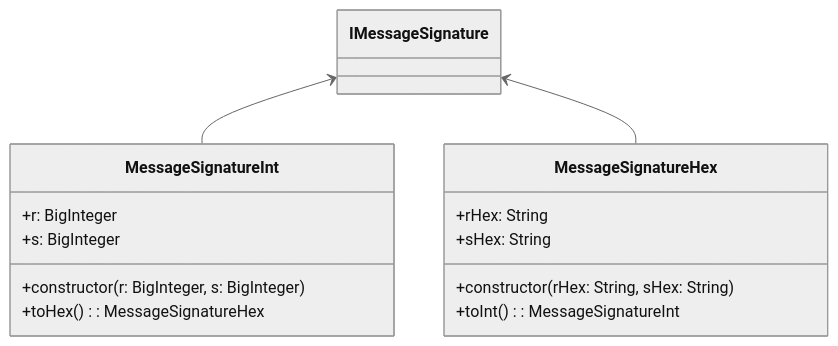
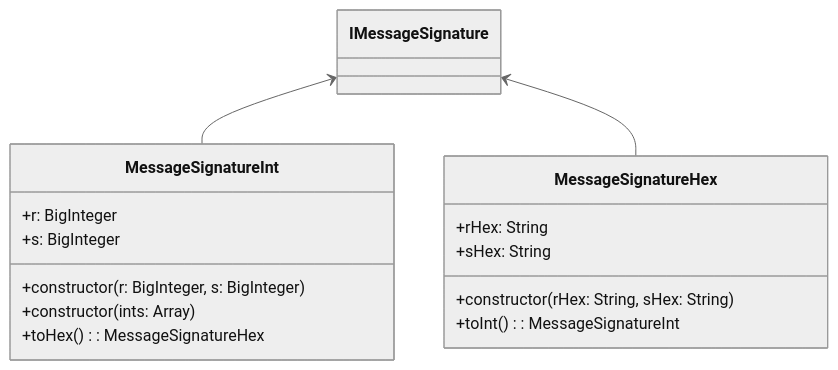
The second of 4 diagrams in src/kotlin/README.md (planet-nine-app/sessionless), drawn with Mermaid (neutral theme) before and after one commit.

Commit message:
update: diagrams

````diff
--- a/src/kotlin/README.md
+++ b/src/kotlin/README.md
@@ -40,19 +40,20 @@
 ```mermaid
 classDiagram
   class IMessageSignature { }
   class MessageSignatureInt {
     +r: BigInteger
     +s: BigInteger
     +constructor(r: BigInteger, s: BigInteger)
+    +constructor(ints: Array<BigInteger>)
     +toHex(): MessageSignatureHex
   }
   class MessageSignatureHex {
     +rHex: String
     +sHex: String
     +constructor(rHex: String, sHex: String)
     +toInt(): MessageSignatureInt
   }
 
   IMessageSignature <-- MessageSignatureInt
   IMessageSignature <-- MessageSignatureHex
 ```
````
